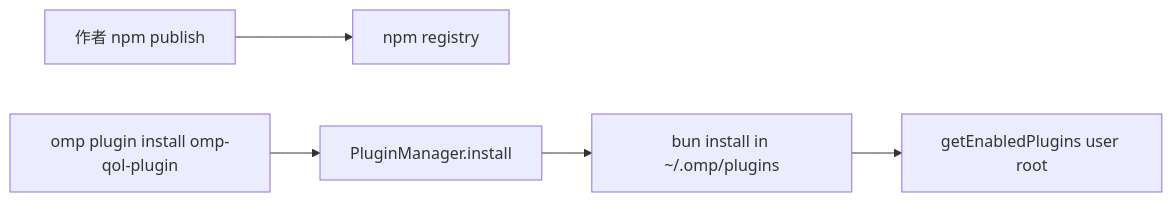
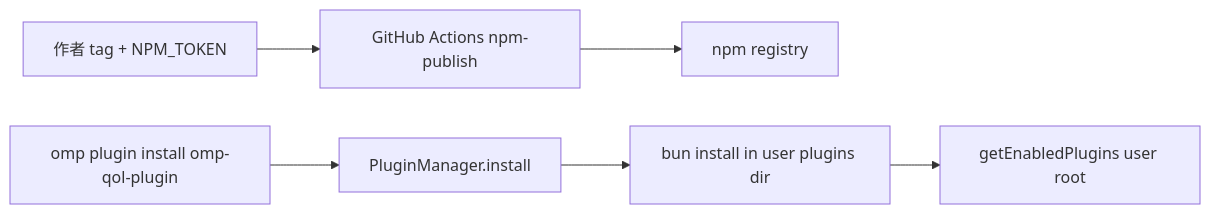
The first of 3 diagrams in docs/plans/routes/plugin-distribution-clarification-report.md (RatmmmhSquishyRat/omp-qol), drawn with Mermaid before and after one commit. The commit also changed other lines of this file and 8 other files, not shown here.

````diff
--- a/docs/plans/routes/plugin-distribution-clarification-report.md
+++ b/docs/plans/routes/plugin-distribution-clarification-report.md
@@ -71,7 +69,8 @@
 ```mermaid
 flowchart LR
-    Author[作者 npm publish] --> Registry[npm registry]
+    Author[作者 tag + NPM_TOKEN] --> GHA[GitHub Actions npm-publish]
+    GHA --> Registry[npm registry]
     User[omp plugin install omp-qol-plugin] --> PM[PluginManager.install]
-    PM --> Bun[bun install in ~/.omp/plugins]
+    PM --> Bun[bun install in user plugins dir]
     Bun --> Runtime[getEnabledPlugins user root]
 ```
````
